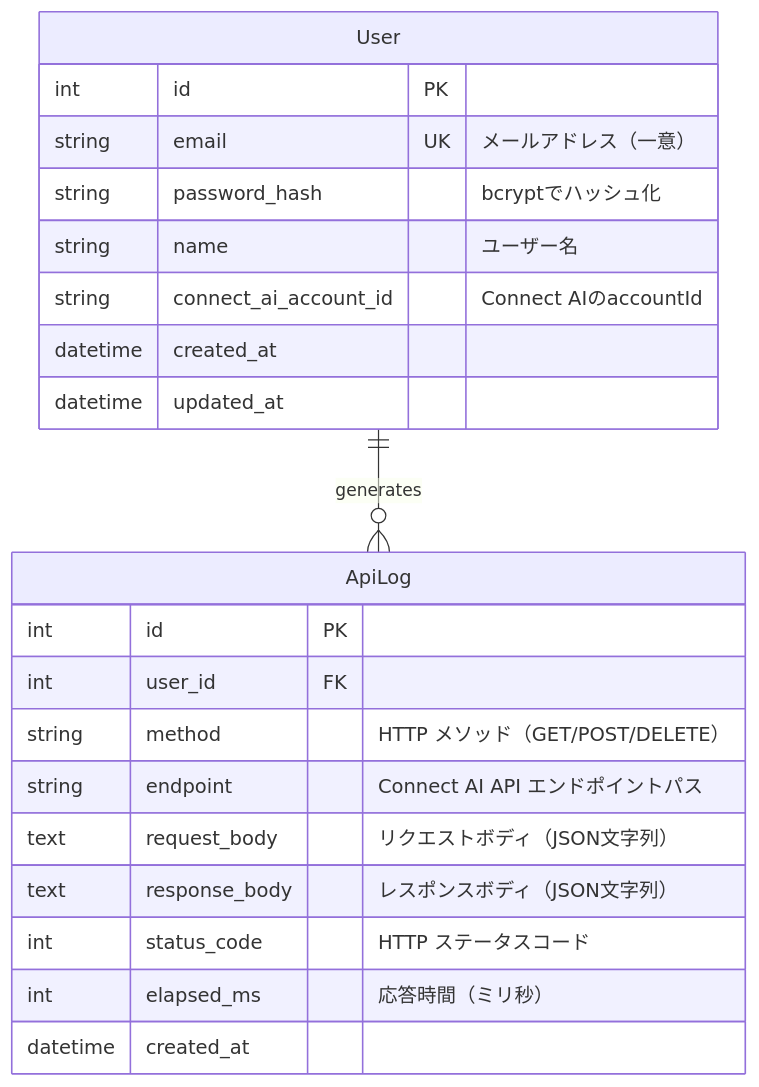
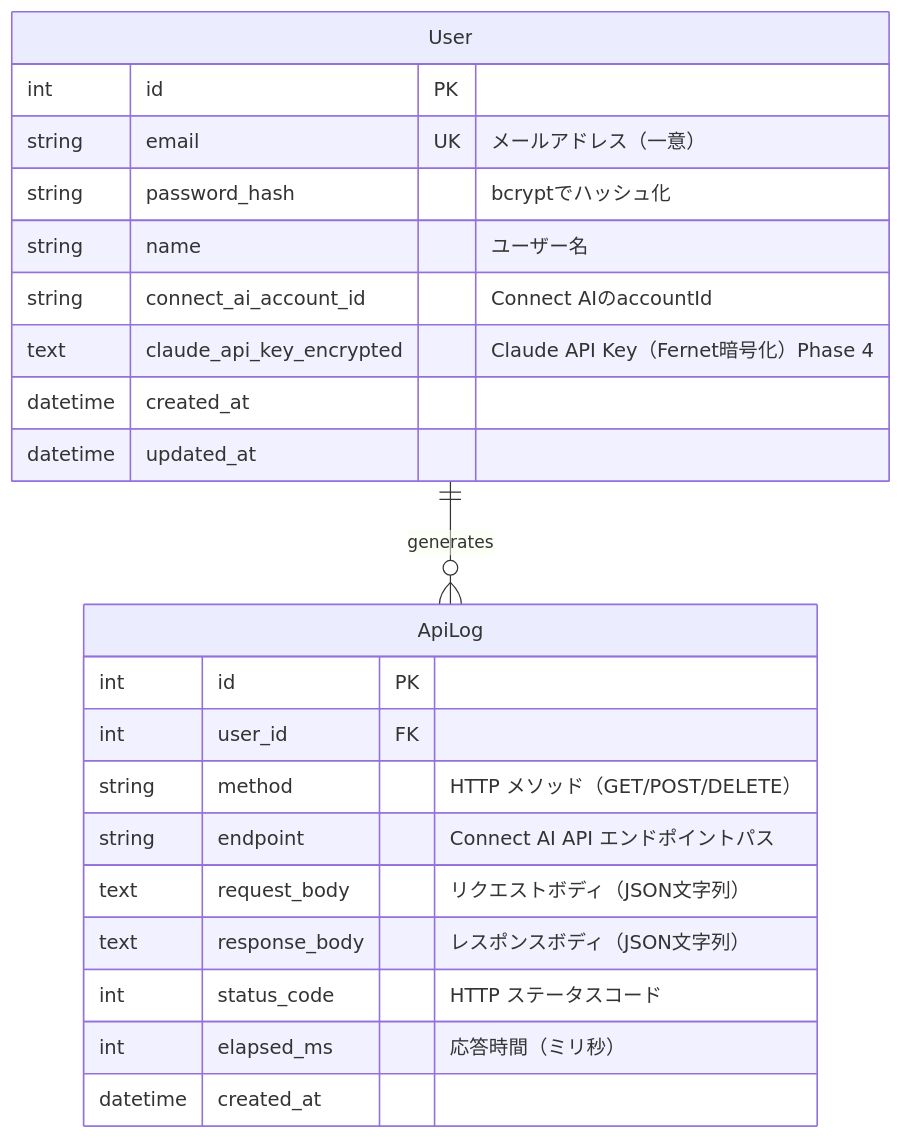
Before and after one commit to sugimomoto/ConnectAIOEMSample: the seventh of 8 diagrams in docs/functional-design.md, drawn with Mermaid. The commit also changed other lines of this file and 2 other files, not shown here.

First line of the commit message:
docs: Phase 4 AI アシスタント内容を永続的ドキュメント3件に反映

````diff
--- a/docs/functional-design.md
+++ b/docs/functional-design.md
@@ -255,26 +267,27 @@
 ```mermaid
 erDiagram
     User ||--o{ ApiLog : "generates"
 
     User {
         int id PK
         string email UK "メールアドレス（一意）"
         string password_hash "bcryptでハッシュ化"
         string name "ユーザー名"
         string connect_ai_account_id "Connect AIのaccountId"
+        text claude_api_key_encrypted "Claude API Key（Fernet暗号化）Phase 4"
         datetime created_at
         datetime updated_at
     }
 
     ApiLog {
         int id PK
         int user_id FK
         string method "HTTP メソッド（GET/POST/DELETE）"
         string endpoint "Connect AI API エンドポイントパス"
         text request_body "リクエストボディ（JSON文字列）"
         text response_body "レスポンスボディ（JSON文字列）"
         int status_code "HTTP ステータスコード"
         int elapsed_ms "応答時間（ミリ秒）"
         datetime created_at
     }
 ```
````
